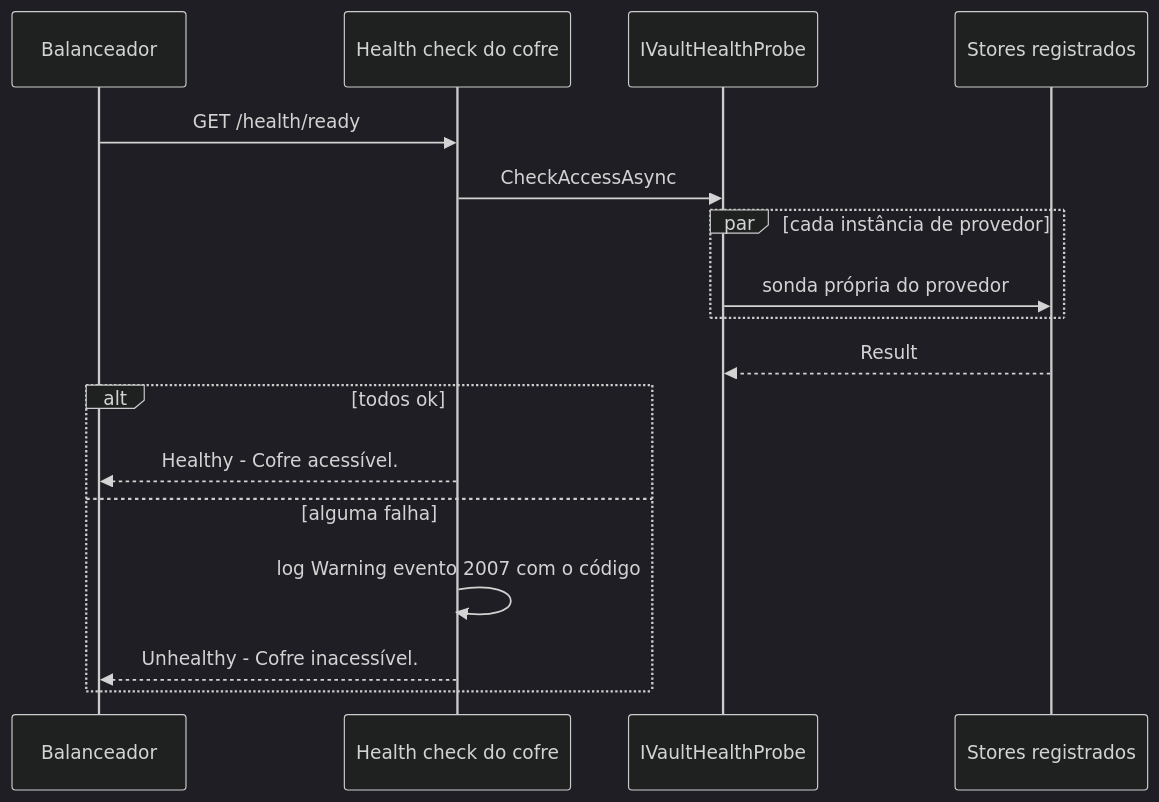
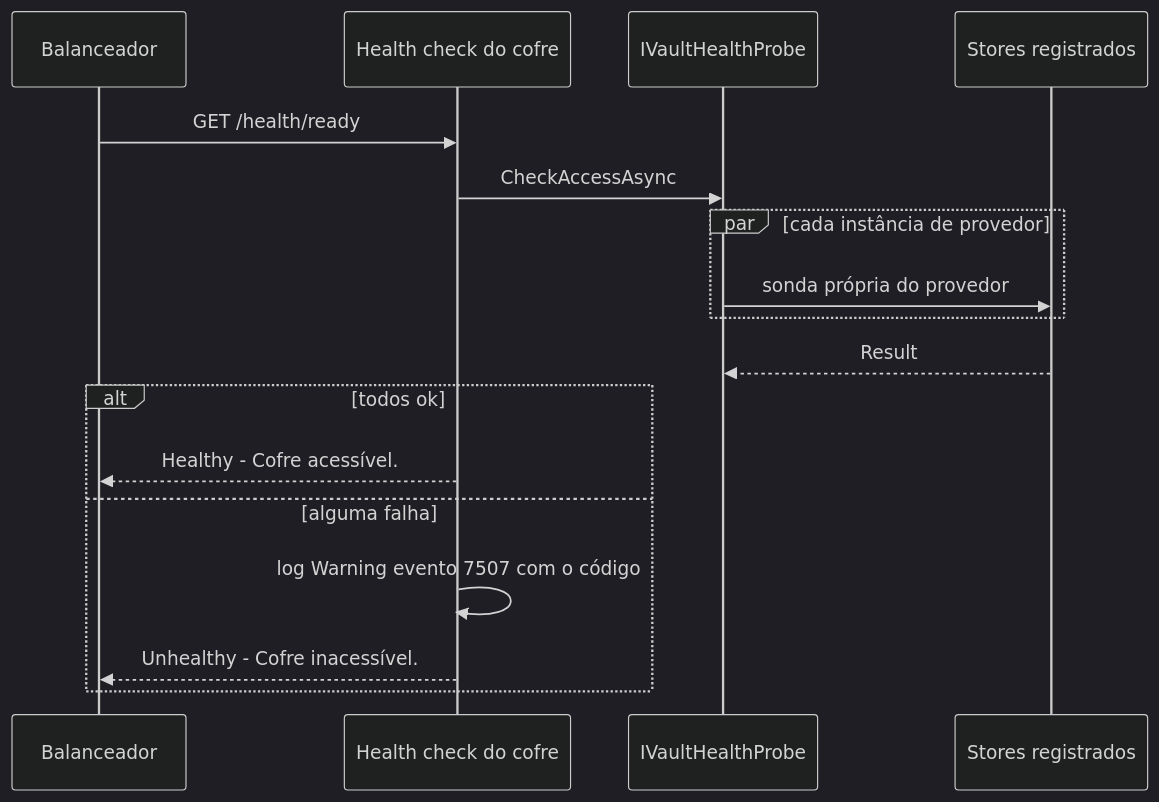
The second of 2 diagrams in docs/cache-e-health-check.md (tudoemcodigo/lib-tec-vault), drawn with Mermaid (dark theme) before and after one commit. The commit also changed other lines of this file and 16 other files, not shown here.

````diff
--- a/docs/cache-e-health-check.md
+++ b/docs/cache-e-health-check.md
@@ -63,19 +63,19 @@
 ```mermaid
 sequenceDiagram
     participant LB as Balanceador
     participant HC as Health check do cofre
     participant Sonda as IVaultHealthProbe
     participant S as Stores registrados
     LB->>HC: GET /health/ready
     HC->>Sonda: CheckAccessAsync
     par cada instância de provedor
         Sonda->>S: sonda própria do provedor
     end
     S-->>Sonda: Result
     alt todos ok
         HC-->>LB: Healthy - Cofre acessível.
     else alguma falha
-        HC->>HC: log Warning evento 2007 com o código
+        HC->>HC: log Warning evento 7507 com o código
         HC-->>LB: Unhealthy - Cofre inacessível.
     end
 ```
````
